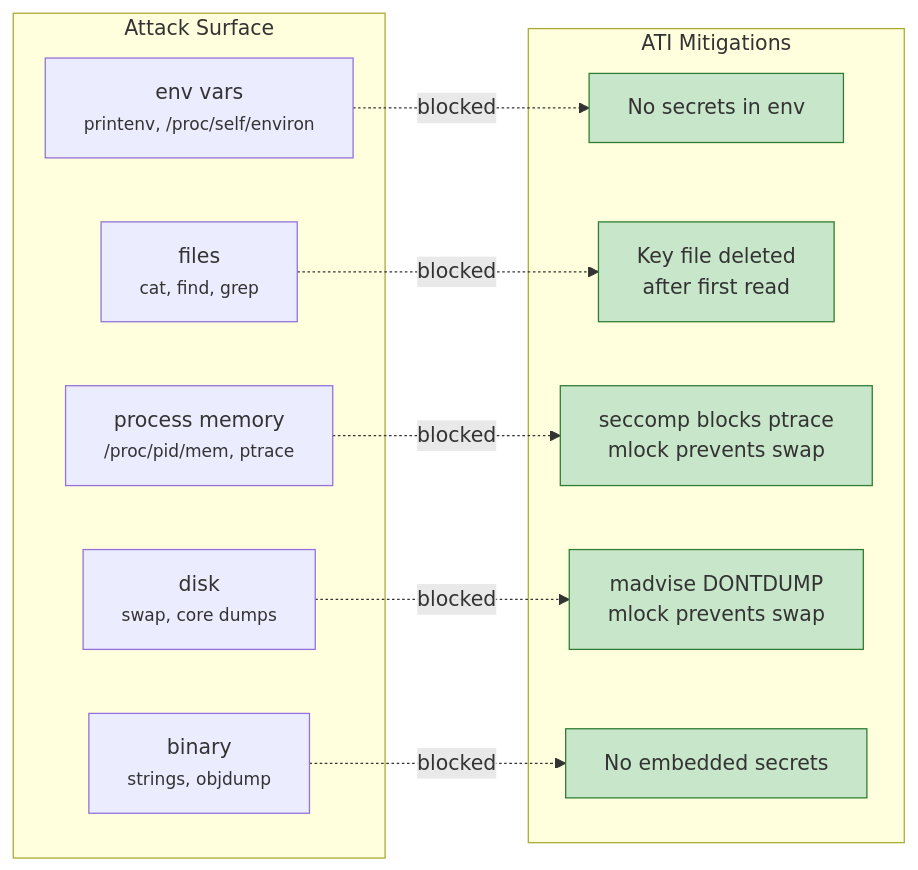
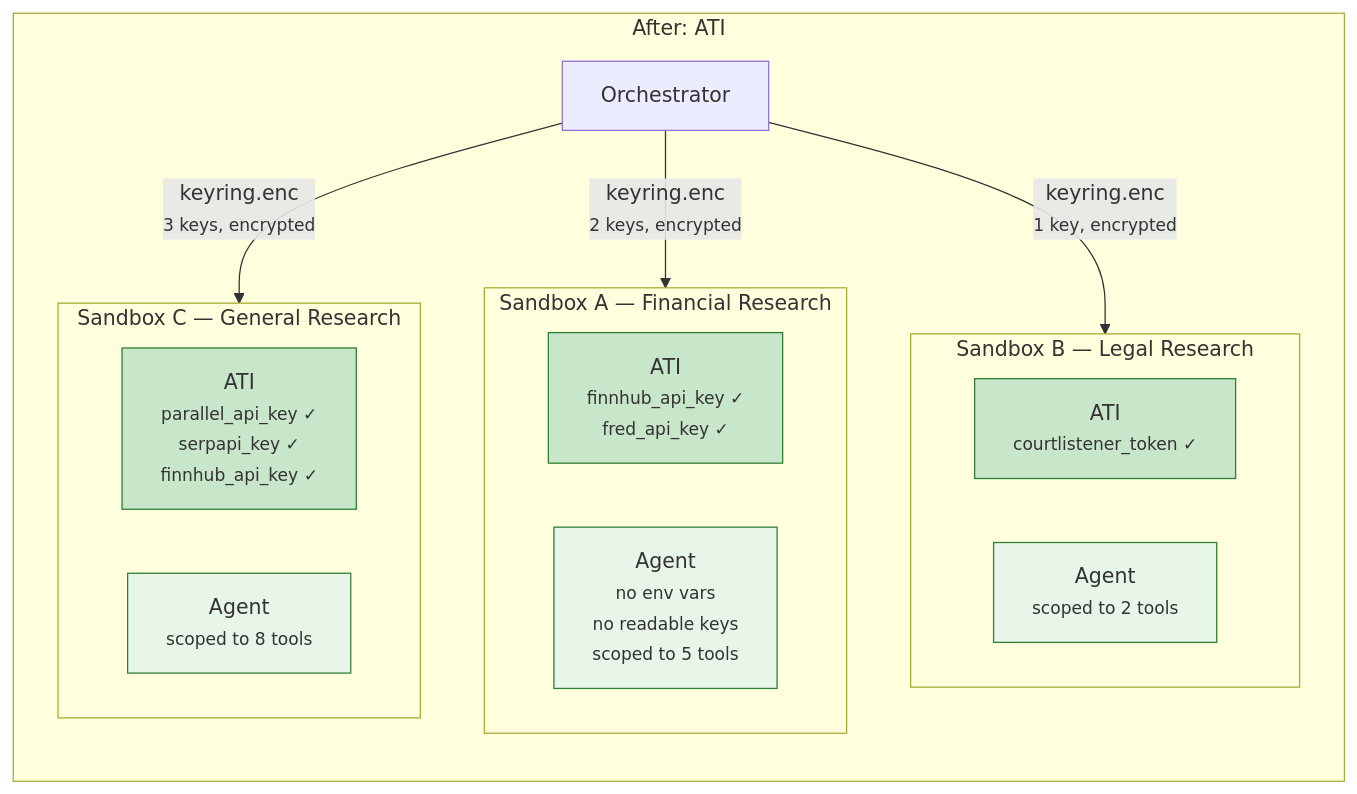
The fourth of 7 diagrams in README.md (Parcha-ai/ati), drawn with Mermaid before and after one commit. The commit also changed other lines of this file, not shown here.

First line of the commit message:
docs: before/after security diagrams, scoped permissions deep-dive

````diff
--- a/README.md
+++ b/README.md
@@ -214,30 +258,34 @@
 ```mermaid
-graph LR
-    subgraph "Attack Surface"
-        E["env vars<br/><small>printenv, /proc/self/environ</small>"]
-        F["files<br/><small>cat, find, grep</small>"]
-        P["process memory<br/><small>/proc/pid/mem, ptrace</small>"]
-        D["disk<br/><small>swap, core dumps</small>"]
-        B["binary<br/><small>strings, objdump</small>"]
+graph TB
+    subgraph "After: ATI"
+        direction TB
+        Orch2["Orchestrator"] -->|"keyring.enc<br/><small>2 keys, encrypted</small>"| SA
+        Orch2 -->|"keyring.enc<br/><small>1 key, encrypted</small>"| SB
+        Orch2 -->|"keyring.enc<br/><small>3 keys, encrypted</small>"| SC
+
+        subgraph SA["Sandbox A — Financial Research"]
+            direction LR
+            ATI_A["ATI<br/><small>finnhub_api_key ✓<br/>fred_api_key ✓</small>"]
+            AgentA["Agent<br/><small>no env vars<br/>no readable keys<br/>scoped to 5 tools</small>"]
+        end
+
+        subgraph SB["Sandbox B — Legal Research"]
+            direction LR
+            ATI_B["ATI<br/><small>courtlistener_token ✓</small>"]
+            AgentB["Agent<br/><small>scoped to 2 tools</small>"]
+        end
+
+        subgraph SC["Sandbox C — General Research"]
+            direction LR
+            ATI_C["ATI<br/><small>parallel_api_key ✓<br/>serpapi_key ✓<br/>finnhub_api_key ✓</small>"]
+            AgentC["Agent<br/><small>scoped to 8 tools</small>"]
+        end
     end
 
-    subgraph "ATI Mitigations"
-        M1["No secrets in env"]
-        M2["Key file deleted<br/>after first read"]
-        M3["seccomp blocks ptrace<br/>mlock prevents swap"]
-        M4["madvise DONTDUMP<br/>mlock prevents swap"]
-        M5["No embedded secrets"]
-    end
-
-    E -.->|"blocked"| M1
-    F -.->|"blocked"| M2
-    P -.->|"blocked"| M3
-    D -.->|"blocked"| M4
-    B -.->|"blocked"| M5
-
-    style M1 fill:#c8e6c9,stroke:#2e7d32
-    style M2 fill:#c8e6c9,stroke:#2e7d32
-    style M3 fill:#c8e6c9,stroke:#2e7d32
-    style M4 fill:#c8e6c9,stroke:#2e7d32
-    style M5 fill:#c8e6c9,stroke:#2e7d32
+    style ATI_A fill:#c8e6c9,stroke:#2e7d32
+    style ATI_B fill:#c8e6c9,stroke:#2e7d32
+    style ATI_C fill:#c8e6c9,stroke:#2e7d32
+    style AgentA fill:#e8f5e9,stroke:#2e7d32
+    style AgentB fill:#e8f5e9,stroke:#2e7d32
+    style AgentC fill:#e8f5e9,stroke:#2e7d32
 ```
````
